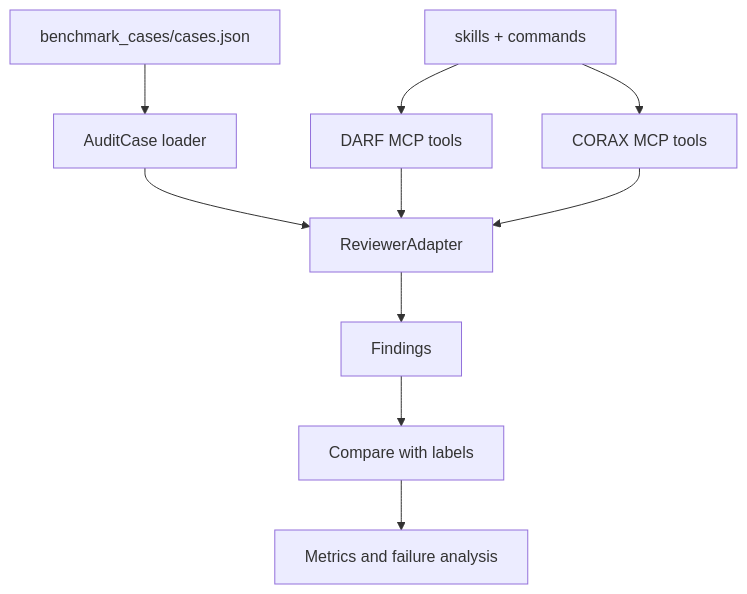
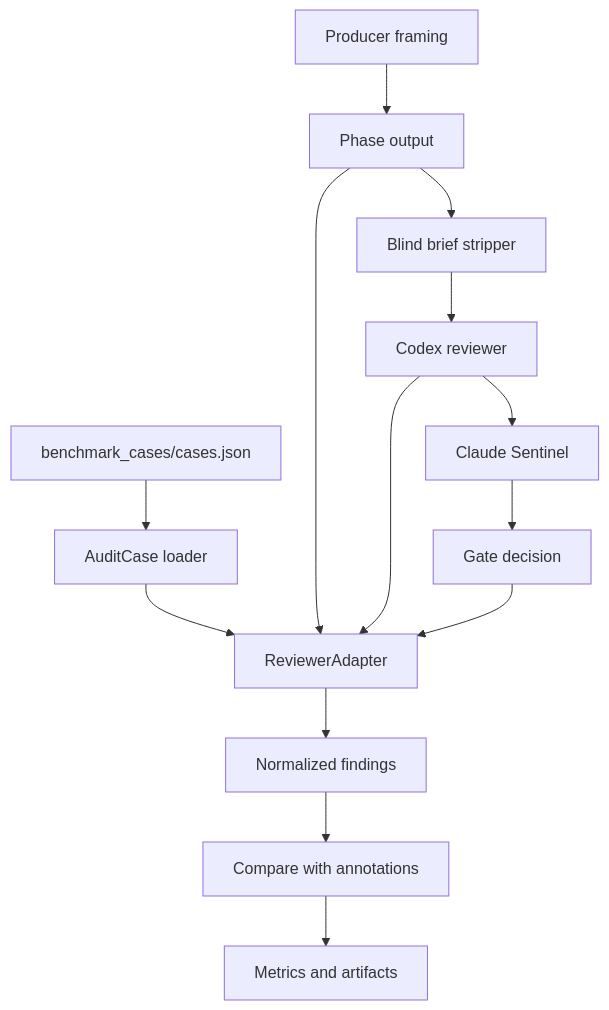
One commit to PrentendYan/genaiprj changed the diagram in docs/architecture.md. Above: the diagram before and after it, drawn with Mermaid. The commit also changed other lines of this file and 18 other files, not shown here.

````diff
--- a/docs/architecture.md
+++ b/docs/architecture.md
@@ -10,13 +11,18 @@
 ```mermaid
 flowchart TD
     A["benchmark_cases/cases.json"] --> B["AuditCase loader"]
     B --> C["ReviewerAdapter"]
-    C --> D["Findings"]
-    D --> E["Compare with labels"]
-    E --> F["Metrics and failure analysis"]
+    C --> D["Normalized findings"]
+    D --> E["Compare with annotations"]
+    E --> F["Metrics and artifacts"]
 
-    G["DARF MCP tools"] --> C
-    H["CORAX MCP tools"] --> C
-    I["skills + commands"] --> G
-    I --> H
+    G["Producer framing"] --> H["Phase output"]
+    H --> I["Blind brief stripper"]
+    I --> J["Codex reviewer"]
+    J --> K["Claude Sentinel"]
+    K --> L["Gate decision"]
+
+    H --> C
+    J --> C
+    L --> C
 ```
````
